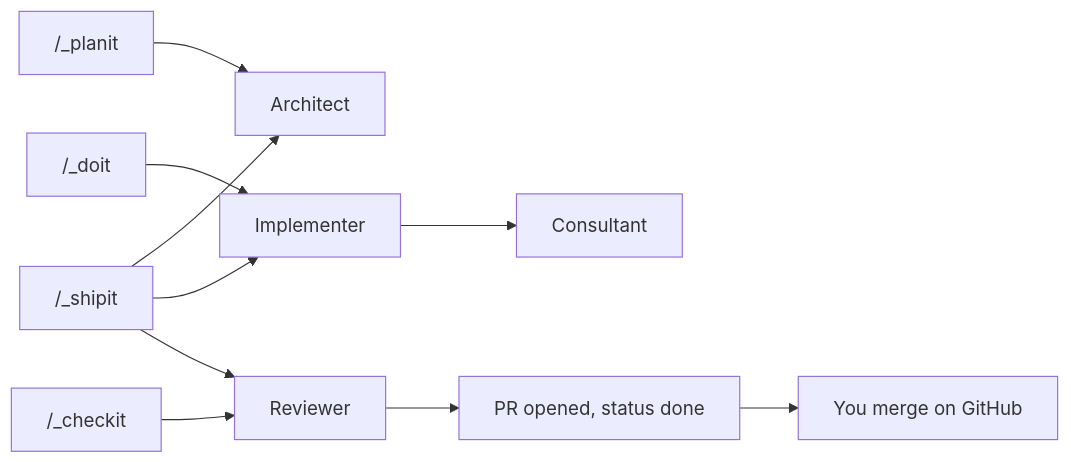
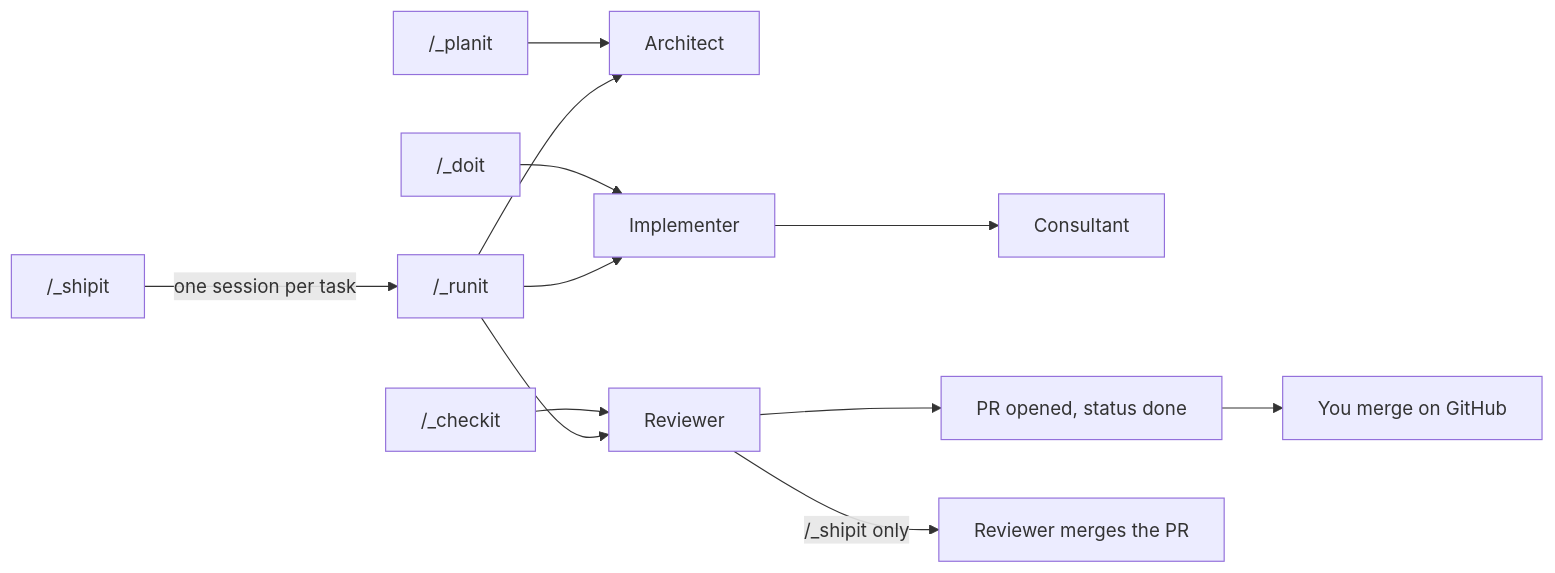
Before and after one commit to meehow-halas/se-harness: the first of 3 diagrams in README.md, drawn with Mermaid. The commit also changed other lines of this file and 14 other files, not shown here.

First line of the commit message:
fix: tighten runit/shipit flows; add EXAMPLES.md and align README

````diff
--- a/README.md
+++ b/README.md
@@ -174,12 +180,14 @@
 ```mermaid
 flowchart LR
   planit["/_planit"] --> architect[Architect]
   doit["/_doit"] --> implementer[Implementer]
   implementer --> consultant[Consultant]
   checkit["/_checkit"] --> reviewer[Reviewer]
-  shipit["/_shipit"] --> architect
-  shipit --> implementer
-  shipit --> reviewer
+  runit["/_runit"] --> architect
+  runit --> implementer
+  runit --> reviewer
   reviewer --> prDone["PR opened, status done"]
   prDone --> humanMerge[You merge on GitHub]
+  shipit["/_shipit"] -->|one session per task| runit
+  reviewer -->|"/_shipit only"| autoMerge[Reviewer merges the PR]
 ```
````
